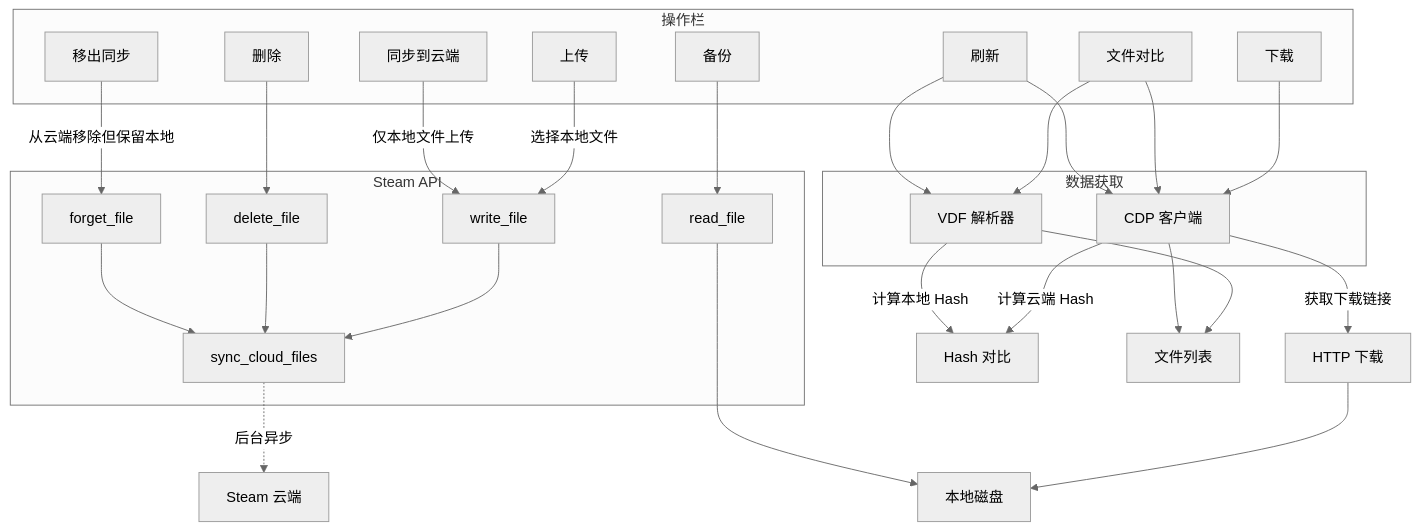
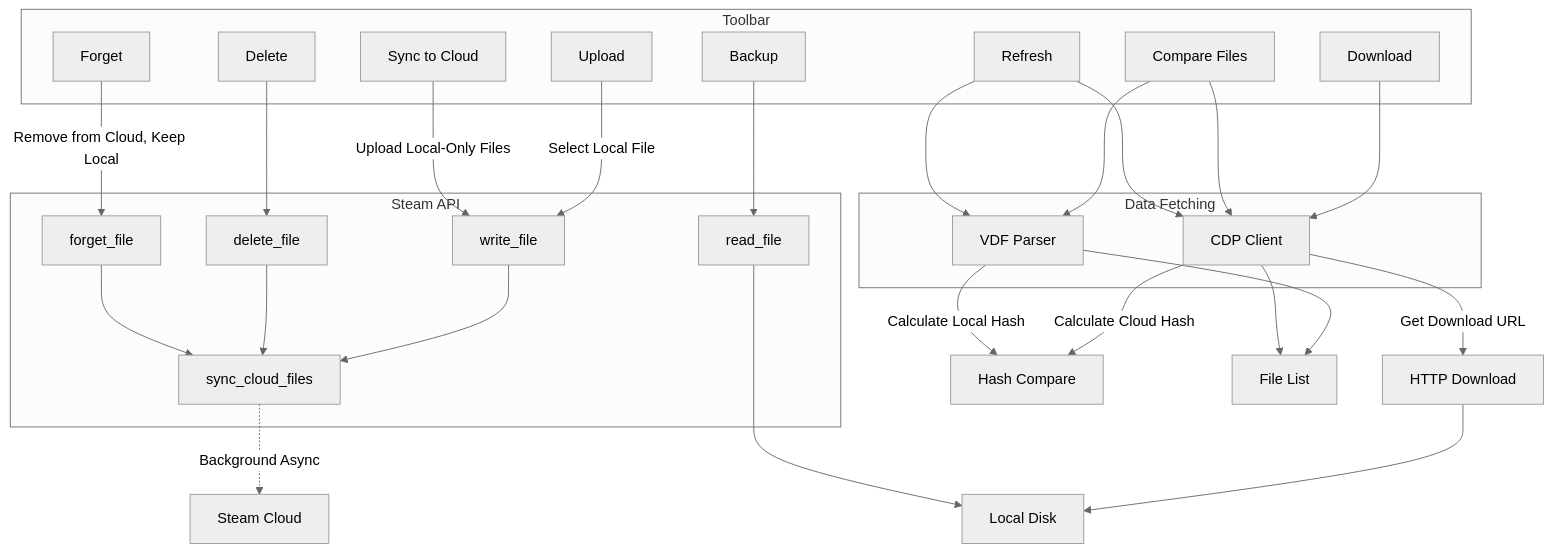
Before and after one commit to Fldicoahkiin/SteamCloudFileManager: the fourth of 4 diagrams in README.md, drawn with Mermaid (neutral theme). The commit also changed other lines of this file and 2 other files, not shown here.

````diff
--- a/README.md
+++ b/README.md
@@ -416,56 +414,56 @@
 ```mermaid
 graph TD
-    subgraph 操作栏
-        Upload[上传]
-        Download[下载]
-        SyncToCloud[同步到云端]
-        Delete[删除]
-        Forget[移出同步]
-        Compare[文件对比]
-        Refresh[刷新]
-        Backup[备份]
+    subgraph Toolbar
+        Upload[Upload]
+        Download[Download]
+        SyncToCloud[Sync to Cloud]
+        Delete[Delete]
+        Forget[Forget]
+        Compare[Compare Files]
+        Refresh[Refresh]
+        Backup[Backup]
     end
     
     subgraph SteamAPI[Steam API]
         WriteFile[write_file]
         ReadFile[read_file]
         DeleteFile[delete_file]
         ForgetFile[forget_file]
         SyncCloud[sync_cloud_files]
     end
     
-    subgraph 数据获取
-        CDPClient[CDP 客户端]
-        VDFParser[VDF 解析器]
+    subgraph DataFetch[Data Fetching]
+        CDPClient[CDP Client]
+        VDFParser[VDF Parser]
     end
     
-    Upload -->|选择本地文件| WriteFile
+    Upload -->|Select Local File| WriteFile
     WriteFile --> SyncCloud
     
     Download --> CDPClient
-    CDPClient -->|获取下载链接| HTTP[HTTP 下载]
-    HTTP --> LocalDisk[本地磁盘]
+    CDPClient -->|Get Download URL| HTTP[HTTP Download]
+    HTTP --> LocalDisk[Local Disk]
     
-    SyncToCloud -->|仅本地文件上传| WriteFile
+    SyncToCloud -->|Upload Local-Only Files| WriteFile
     
     Delete --> DeleteFile
     DeleteFile --> SyncCloud
     
-    Forget -->|从云端移除但保留本地| ForgetFile
+    Forget -->|Remove from Cloud, Keep Local| ForgetFile
     ForgetFile --> SyncCloud
     
     Compare --> CDPClient
     Compare --> VDFParser
-    CDPClient -->|计算云端 Hash| HashCompare[Hash 对比]
-    VDFParser -->|计算本地 Hash| HashCompare
+    CDPClient -->|Calculate Cloud Hash| HashCompare[Hash Compare]
+    VDFParser -->|Calculate Local Hash| HashCompare
     
     Backup --> ReadFile
     ReadFile --> LocalDisk
     
     Refresh --> VDFParser
     Refresh --> CDPClient
-    VDFParser --> FileList[文件列表]
+    VDFParser --> FileList[File List]
     CDPClient --> FileList
     
-    SyncCloud -.->|后台异步| CloudServer[Steam 云端]
+    SyncCloud -.->|Background Async| CloudServer[Steam Cloud]
 ```
````
